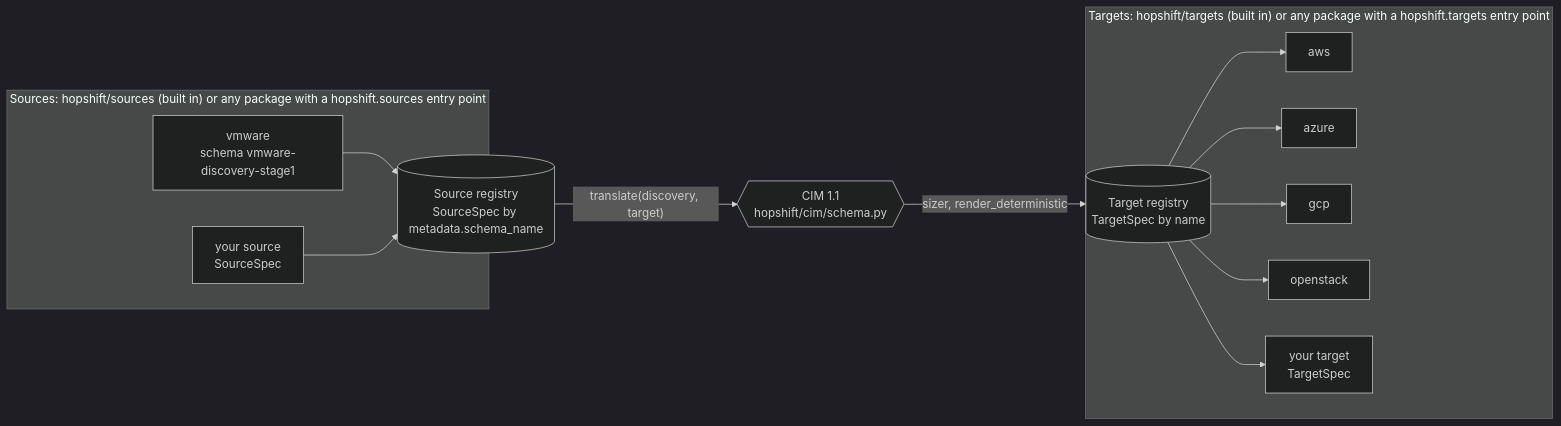
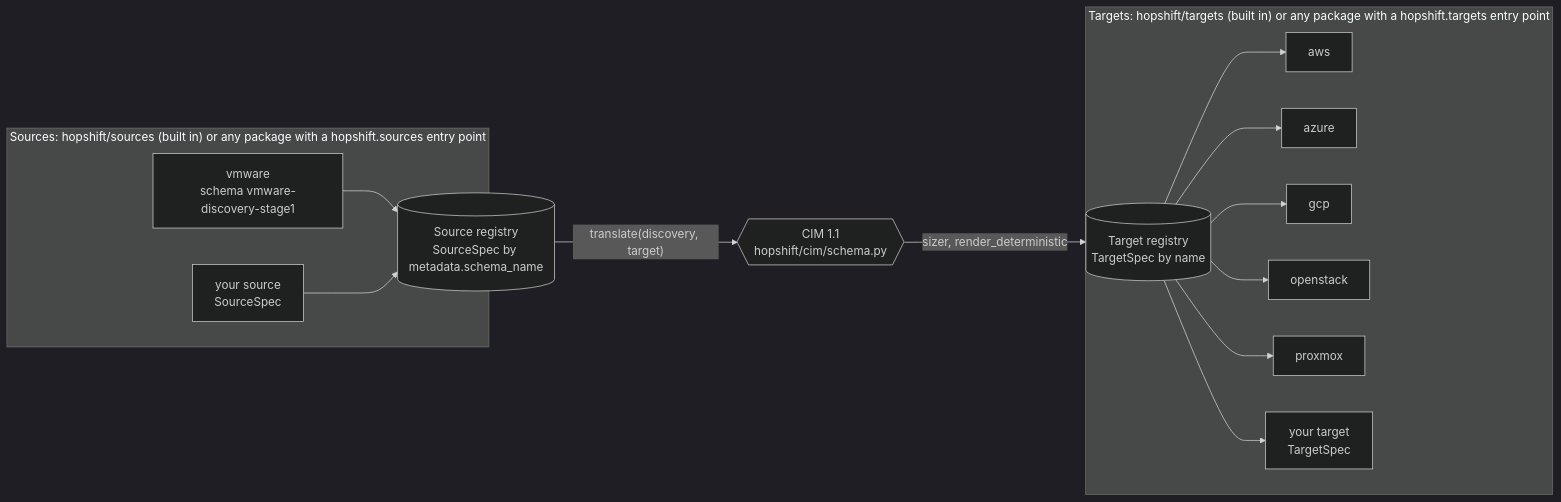
Before and after one commit to blacksoxx/hopshift: the second of 3 diagrams in docs/architecture.md, drawn with Mermaid (dark theme). The commit also changed other lines of this file and 28 other files, not shown here.

````diff
--- a/docs/architecture.md
+++ b/docs/architecture.md
@@ -65,26 +65,28 @@
 ```mermaid
 flowchart LR
     subgraph Sources["Sources: hopshift/sources (built in) or any package with a hopshift.sources entry point"]
         S1[vmware<br/>schema vmware-discovery-stage1]
         S2[your source<br/>SourceSpec]
     end
     SR[(Source registry<br/>SourceSpec by metadata.schema_name)]
     CIM{{CIM 1.1<br/>hopshift/cim/schema.py}}
     TR[(Target registry<br/>TargetSpec by name)]
     subgraph Targets["Targets: hopshift/targets (built in) or any package with a hopshift.targets entry point"]
         T1[aws]
         T2[azure]
         T3[gcp]
         T4[openstack]
+        T6[proxmox]
         T5[your target<br/>TargetSpec]
     end
     S1 --> SR
     S2 --> SR
     SR -- "translate(discovery, target)" --> CIM
     CIM -- "sizer, render_deterministic" --> TR
     TR --> T1
     TR --> T2
     TR --> T3
     TR --> T4
+    TR --> T6
     TR --> T5
 ```
````
